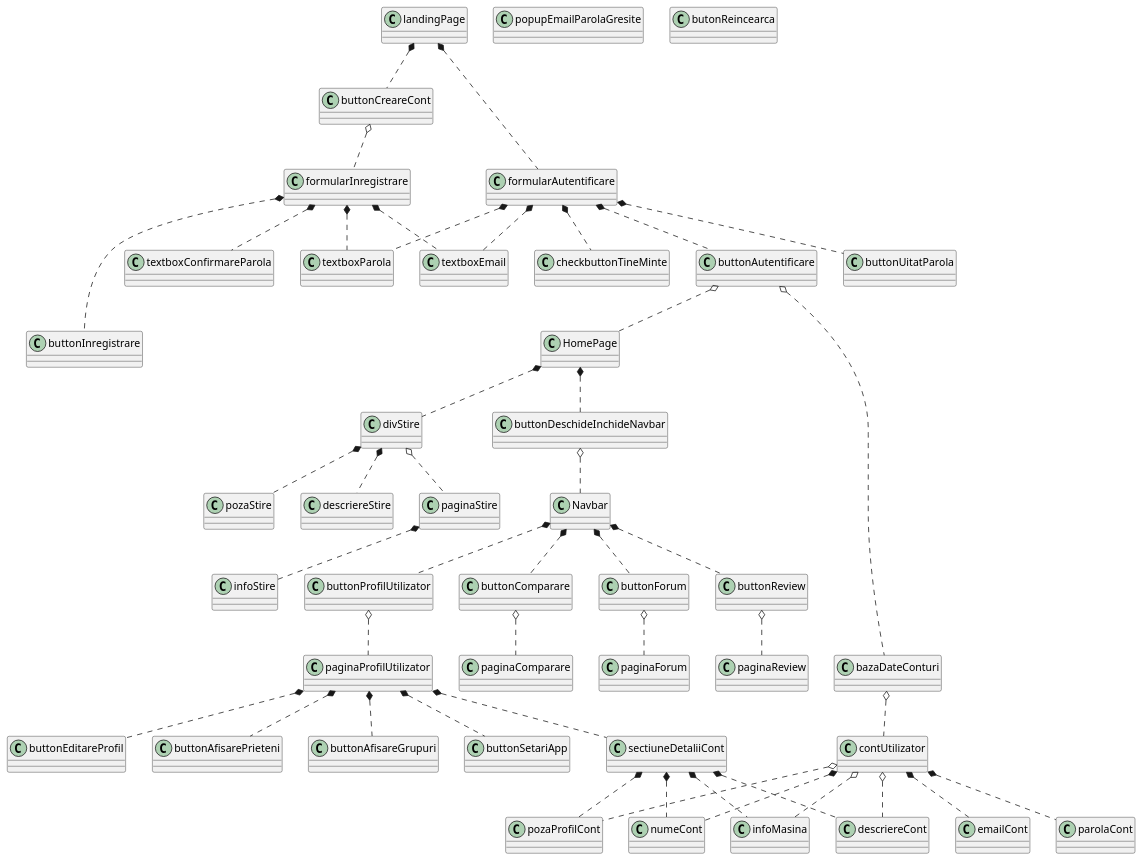
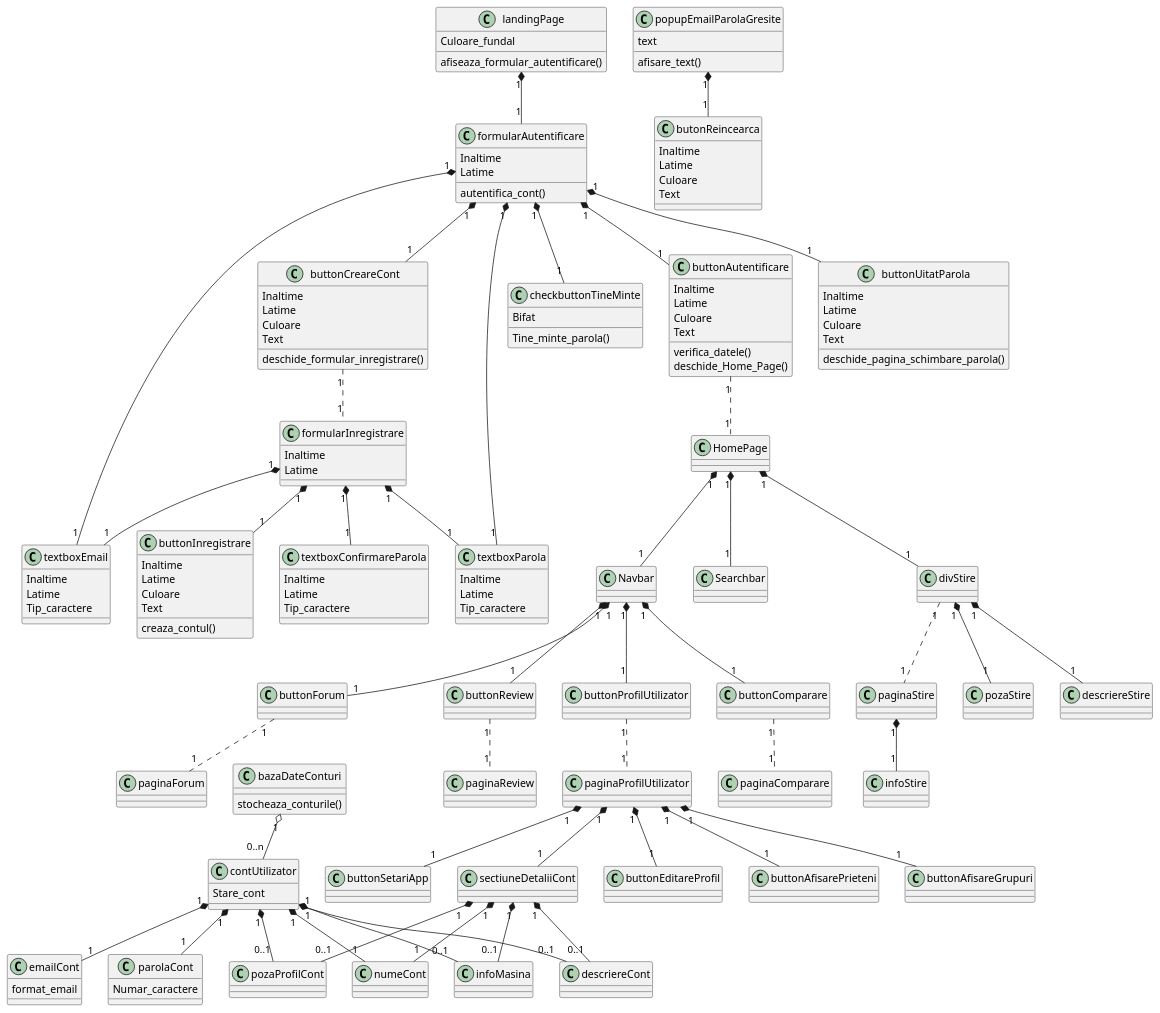
The diagram in ClassDiagram.puml (GelilFabian/CarHub), drawn with PlantUML before and after one commit. The commit also changed 2 other files, not shown here.

```diff
--- a/ClassDiagram.puml
+++ b/ClassDiagram.puml
@@ -1,133 +1,190 @@
 @startuml
 'https://plantuml.com/class-diagram
 class landingPage{
+Culoare_fundal
+afiseaza_formular_autentificare()
 }
 class formularAutentificare{
+Inaltime
+Latime
+autentifica_cont()
 }
 class textboxEmail{
+Inaltime
+Latime
+Tip_caractere
 }
 class textboxParola{
+Inaltime
+Latime
+Tip_caractere
 }
 class checkbuttonTineMinte{
+Bifat
+Tine_minte_parola()
 }
 class buttonCreareCont{
+Inaltime
+Latime
+Culoare
+Text
+deschide_formular_inregistrare()
 }
 class buttonAutentificare{
+Inaltime
+Latime
+Culoare
+Text
+verifica_datele()
+deschide_Home_Page()
 }
 class buttonUitatParola{
+Inaltime
+Latime
+Culoare
+Text
+deschide_pagina_schimbare_parola()
 }
 class contUtilizator{
+Stare_cont
 }
 class emailCont {
+format_email
 }
 class parolaCont {
+Numar_caractere
 }
 class formularInregistrare{
+Inaltime
+Latime
 }
 class textboxConfirmareParola {
+Inaltime
+Latime
+Tip_caractere
 }
 class buttonInregistrare{
+Inaltime
+Latime
+Culoare
+Text
+creaza_contul()
 }
 class bazaDateConturi{
+stocheaza_conturile()
 }
 class popupEmailParolaGresite{
+text
+afisare_text()
 }
 class butonReincearca{
+Inaltime
+Latime
+Culoare
+Text
 }
 class HomePage{
 }
-class buttonDeschideInchideNavbar {
+class Navbar {
 }
-class Navbar {
+class Searchbar{
 }
 class divStire{
 }
 class pozaStire {
 }
 class descriereStire {
 }
 class paginaStire {
 }
 class infoStire {
 }
 class buttonProfilUtilizator {
 }
 class paginaProfilUtilizator {
 }
 class buttonComparare {
 }
 class paginaComparare {
 }
 class buttonForum {
 }
 class paginaForum {
 }
 class buttonReview {
 }
 class paginaReview {
 }
 class pozaProfilCont{
 }
 class numeCont {
 }
 class infoMasina {
 }
 class descriereCont {
 }
 class buttonEditareProfil {
 }
 class buttonAfisarePrieteni {
 }
 class buttonAfisareGrupuri {
 }
 class buttonSetariApp {
 }
 class sectiuneDetaliiCont {
 }
-landingPage *.. formularAutentificare
-landingPage *.. buttonCreareCont
-formularAutentificare *.. textboxEmail
-formularAutentificare *.. textboxParola
-formularAutentificare *.. checkbuttonTineMinte
-formularAutentificare *.. buttonUitatParola
-formularAutentificare *.. buttonAutentificare
-buttonAutentificare o.. HomePage
-buttonAutentificare o...... bazaDateConturi
-buttonCreareCont o.. formularInregistrare
-formularInregistrare *.. textboxEmail
-formularInregistrare *.. textboxParola
-formularInregistrare *.. textboxConfirmareParola
-formularInregistrare *... buttonInregistrare
-bazaDateConturi o.. contUtilizator
-contUtilizator *.. emailCont
-contUtilizator *.. parolaCont
-contUtilizator *.. numeCont
-contUtilizator o.. infoMasina
-contUtilizator o.. descriereCont
-contUtilizator o.. pozaProfilCont
-HomePage *.. buttonDeschideInchideNavbar
-buttonDeschideInchideNavbar o.. Navbar
-HomePage *.. divStire
-divStire *.. pozaStire
-divStire *.. descriereStire
-divStire o.. paginaStire
-paginaStire *.. infoStire
-Navbar *.. buttonProfilUtilizator
-Navbar *.. buttonComparare
-Navbar *.. buttonForum
-Navbar *.. buttonReview
-buttonProfilUtilizator o.. paginaProfilUtilizator
-buttonComparare o.. paginaComparare
-buttonForum o.. paginaForum
-buttonReview o.. paginaReview
-paginaProfilUtilizator *.. sectiuneDetaliiCont
-paginaProfilUtilizator *.. buttonEditareProfil
-paginaProfilUtilizator *.. buttonAfisareGrupuri
-paginaProfilUtilizator *.. buttonAfisarePrieteni
-paginaProfilUtilizator *.. buttonSetariApp
-sectiuneDetaliiCont *.. pozaProfilCont
-sectiuneDetaliiCont *.. numeCont
-sectiuneDetaliiCont *.. infoMasina
-sectiuneDetaliiCont *.. descriereCont
+
+'fa proprietatile
+'fa functionalitatile
+'fa mai multe clase
+'clasele sunt la general, obiectele sunt personalizate
+'info Masina e are proprietati de content
+'pot folosi relatia de asociere cu puncte puncte
+
+landingPage "1" *-- "1" formularAutentificare
+formularAutentificare "1" *-- "1" buttonCreareCont
+formularAutentificare "1" *-- "1" textboxEmail
+formularAutentificare "1" *-- "1" textboxParola
+formularAutentificare "1" *-- "1" checkbuttonTineMinte
+formularAutentificare "1" *-- "1" buttonUitatParola
+formularAutentificare "1" *-- "1" buttonAutentificare
+buttonCreareCont "1" .. "1" formularInregistrare
+buttonAutentificare "1" .. "1" HomePage
+formularInregistrare "1" *-- "1" textboxEmail
+formularInregistrare "1" *-- "1" textboxParola
+formularInregistrare "1" *-- "1" textboxConfirmareParola
+formularInregistrare "1" *-- "1" buttonInregistrare
+bazaDateConturi "1" o-- "0..n" contUtilizator
+contUtilizator "1" *-- "1" emailCont
+contUtilizator "1" *-- "1" parolaCont
+contUtilizator "1" *-- "1" numeCont
+contUtilizator "1" *-- "0..1" infoMasina
+contUtilizator "1" *-- "0..1" descriereCont
+contUtilizator "1" *-- "0..1" pozaProfilCont
+popupEmailParolaGresite "1" *-- "1" butonReincearca
+HomePage "1" *-- "1" Navbar
+HomePage "1" *-- "1" divStire
+HomePage "1" *-- "1" Searchbar
+divStire "1" *-- "1" pozaStire
+divStire "1" *-- "1" descriereStire
+divStire "1" .. "1" paginaStire
+paginaStire "1" *-- "1" infoStire
+Navbar "1" *-- "1" buttonProfilUtilizator
+Navbar "1" *-- "1" buttonComparare
+Navbar "1" *-- "1" buttonForum
+Navbar "1" *-- "1" buttonReview
+buttonProfilUtilizator "1" .. "1" paginaProfilUtilizator
+buttonComparare "1" .. "1" paginaComparare
+buttonForum "1" .. "1" paginaForum
+buttonReview "1" .. "1" paginaReview
+paginaProfilUtilizator "1" *-- "1" sectiuneDetaliiCont
+paginaProfilUtilizator "1" *-- "1" buttonEditareProfil
+paginaProfilUtilizator "1" *-- "1" buttonAfisareGrupuri
+paginaProfilUtilizator "1" *-- "1" buttonAfisarePrieteni
+paginaProfilUtilizator "1" *-- "1" buttonSetariApp
+sectiuneDetaliiCont "1" *-- "0..1" pozaProfilCont
+sectiuneDetaliiCont "1" *-- "1" numeCont
+sectiuneDetaliiCont "1" *-- "0..1" infoMasina
+sectiuneDetaliiCont "1" *-- "0..1" descriereCont
 
 @enduml
```
